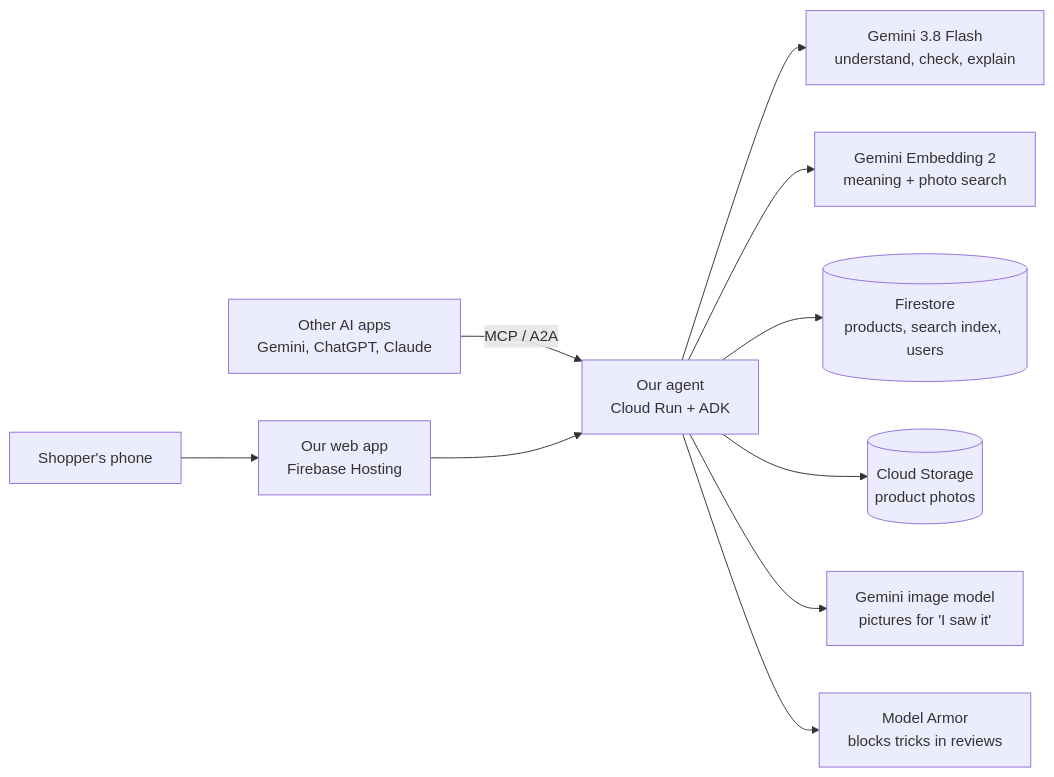
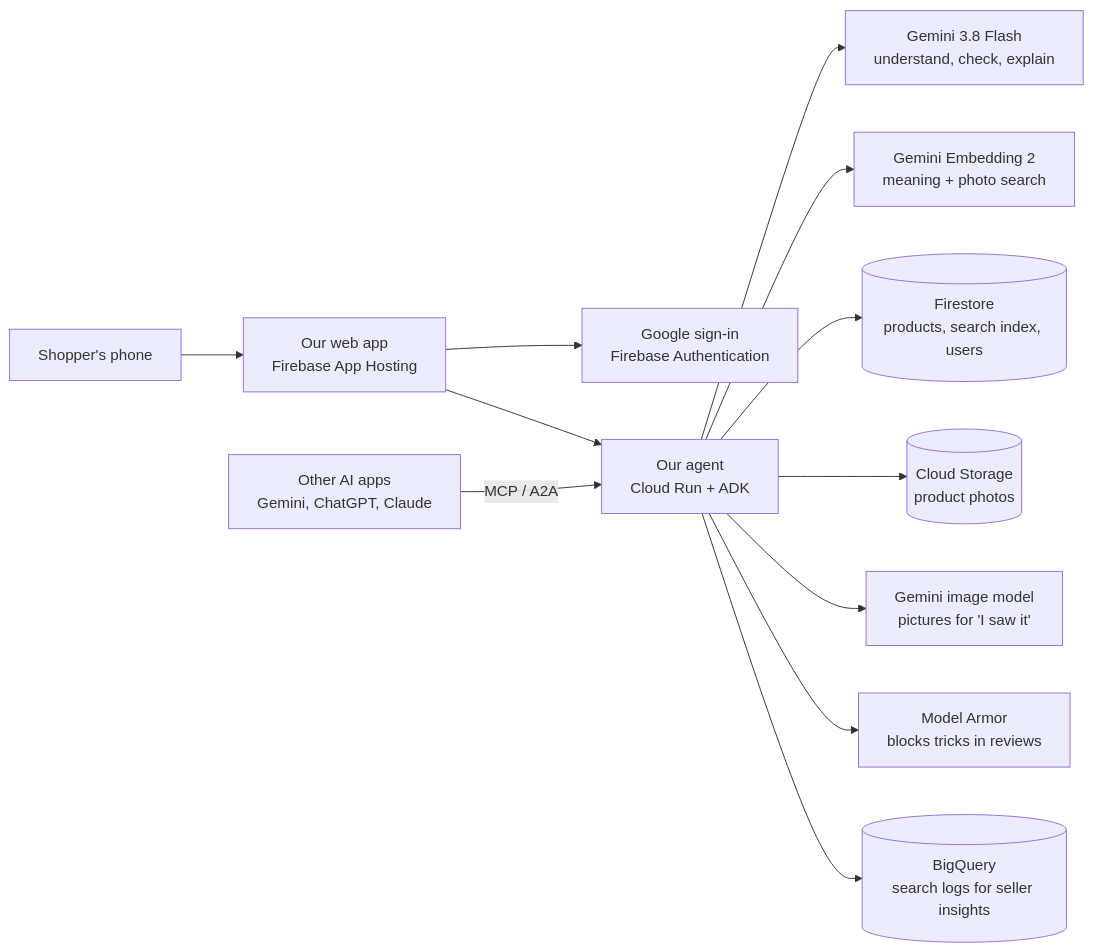
One commit to sarika-purohit/ecommai changed the second of 3 diagrams in PLAN.md. Above: the diagram before and after it, drawn with Mermaid. The commit also changed other lines of this file, not shown here.

Commit message:
PLAN.md: Google sign-in, App Hosting, BigQuery, full repo layout, Firestore fields, vocabulary for every group

````diff
--- a/PLAN.md
+++ b/PLAN.md
@@ -263,12 +263,14 @@
 ```mermaid
 flowchart LR
-  U["Shopper's phone"] --> W["Our web app<br/>Firebase Hosting"]
+  U["Shopper's phone"] --> W["Our web app<br/>Firebase App Hosting"]
+  W --> AU["Google sign-in<br/>Firebase Authentication"]
   X["Other AI apps<br/>Gemini, ChatGPT, Claude"] -->|"MCP / A2A"| A
   W --> A["Our agent<br/>Cloud Run + ADK"]
   A --> G["Gemini 3.8 Flash<br/>understand, check, explain"]
   A --> E["Gemini Embedding 2<br/>meaning + photo search"]
   A --> F[("Firestore<br/>products, search index, users")]
   A --> S[("Cloud Storage<br/>product photos")]
   A --> N["Gemini image model<br/>pictures for 'I saw it'"]
   A --> M["Model Armor<br/>blocks tricks in reviews"]
+  A --> B[("BigQuery<br/>search logs for seller insights")]
 ```
````
